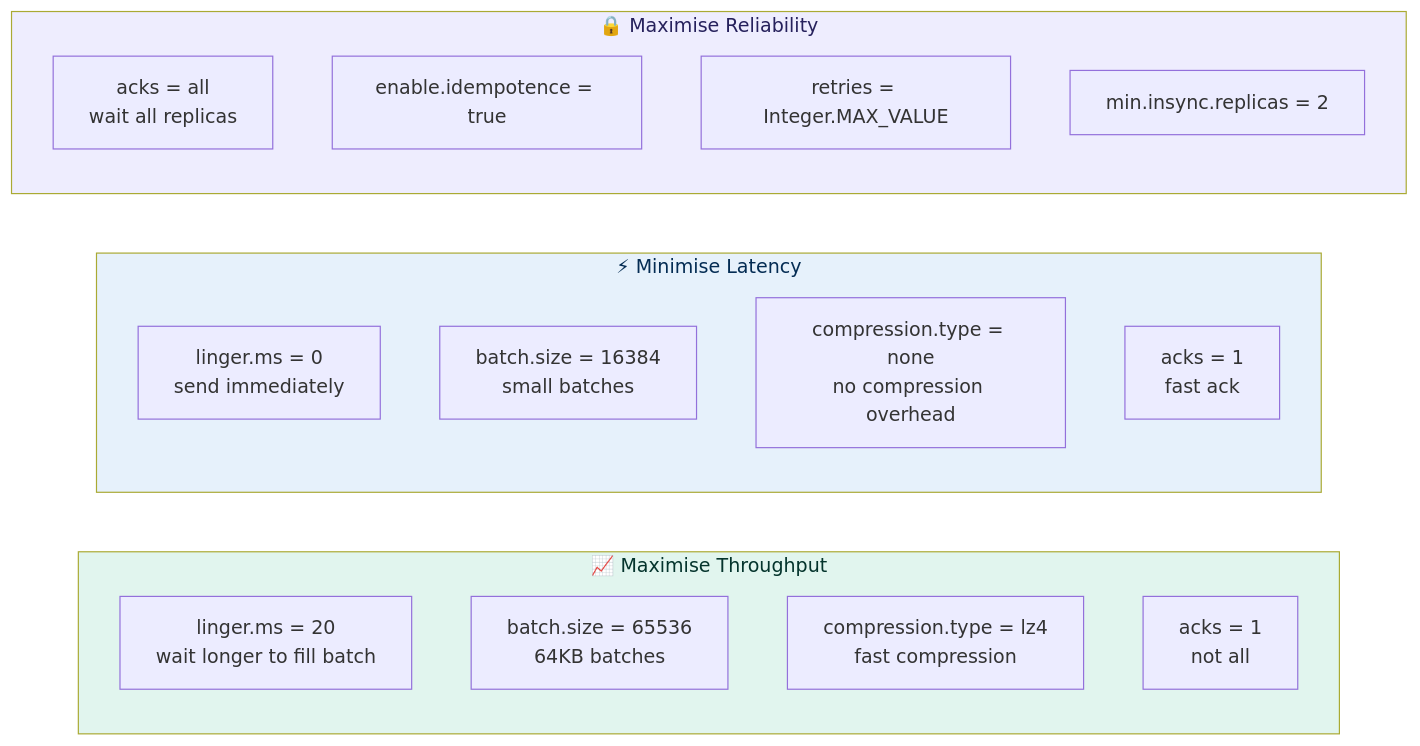
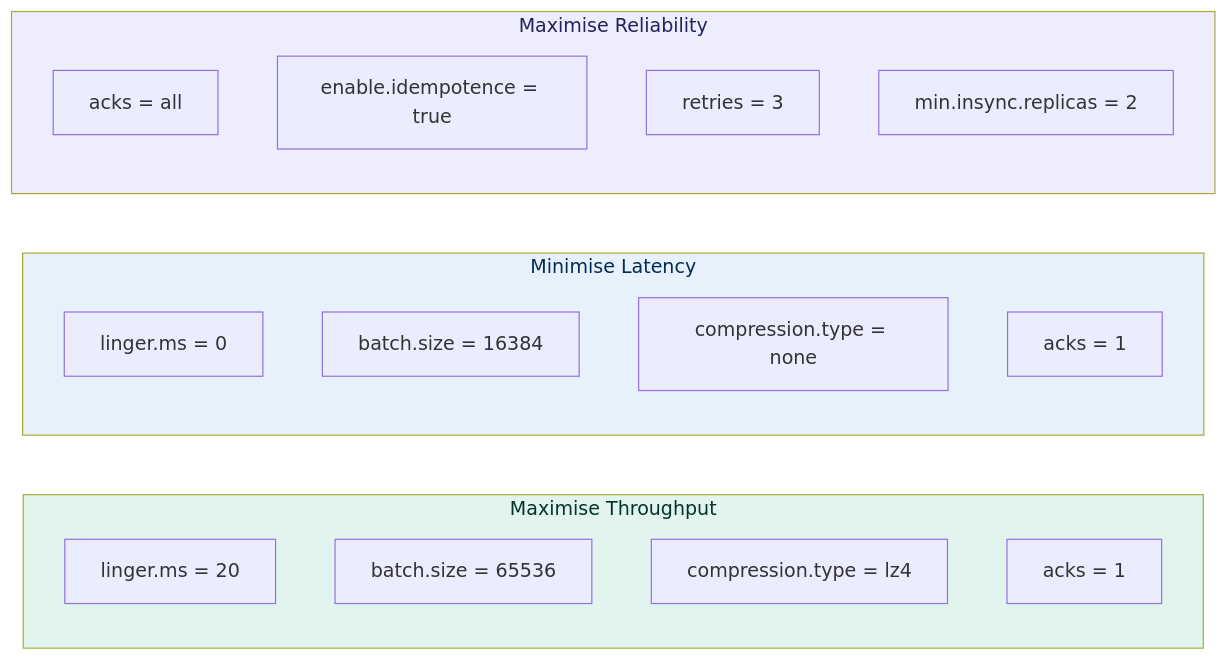
Before and after one commit to rahulsaxena23-code/best-practice: diagram 14 of 18 in kakfa/kafka_best_practices.md, drawn with Mermaid. The commit also changed other lines of this file, not shown here.

````diff
--- a/kakfa/kafka_best_practices.md
+++ b/kakfa/kafka_best_practices.md
@@ -880,25 +787,25 @@
 ```mermaid
-graph LR
-    subgraph Throughput["📈 Maximise Throughput"]
-        T1[linger.ms = 20\nwait longer to fill batch]
-        T2[batch.size = 65536\n64KB batches]
-        T3[compression.type = lz4\nfast compression]
-        T4[acks = 1\nnot all]
+flowchart LR
+    subgraph Throughput["Maximise Throughput"]
+        T1[linger.ms = 20]
+        T2[batch.size = 65536]
+        T3[compression.type = lz4]
+        T4[acks = 1]
     end
-    subgraph Latency["⚡ Minimise Latency"]
-        L1[linger.ms = 0\nsend immediately]
-        L2[batch.size = 16384\nsmall batches]
-        L3[compression.type = none\nno compression overhead]
-        L4[acks = 1\nfast ack]
+    subgraph Latency["Minimise Latency"]
+        L1[linger.ms = 0]
+        L2[batch.size = 16384]
+        L3[compression.type = none]
+        L4[acks = 1]
     end
-    subgraph Reliable["🔒 Maximise Reliability"]
-        R1[acks = all\nwait all replicas]
+    subgraph Reliable["Maximise Reliability"]
+        R1[acks = all]
         R2[enable.idempotence = true]
-        R3[retries = Integer.MAX_VALUE]
+        R3[retries = 3]
         R4[min.insync.replicas = 2]
     end
 
     style Throughput fill:#E1F5EE,color:#04342C
     style Latency fill:#E6F1FB,color:#042C53
     style Reliable fill:#EEEDFE,color:#26215C
 ```
````
